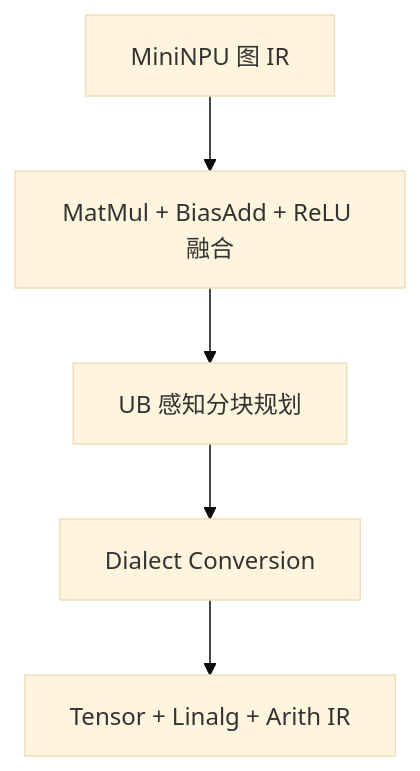
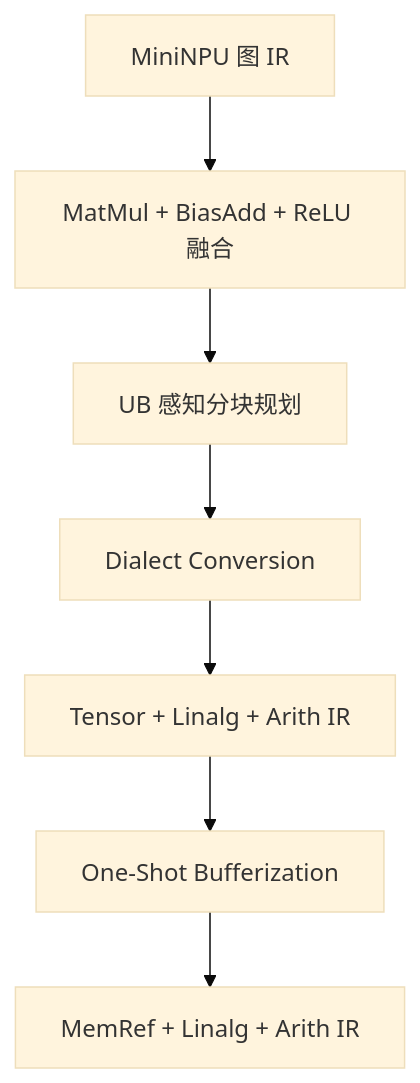
Before and after one commit to fuxiangdu/mininpu-compiler: the diagram in README_CN.md, drawn with Mermaid (base theme). The commit also changed other lines of this file and 14 other files, not shown here.

Commit message:
feat: add one-shot bufferization and ownership tests

````diff
--- a/README_CN.md
+++ b/README_CN.md
@@ -17,7 +18,9 @@
 ```mermaid
 flowchart TD
     A["MiniNPU 图 IR"] --> B["MatMul + BiasAdd + ReLU 融合"]
     B --> C["UB 感知分块规划"]
     C --> D["Dialect Conversion"]
     D --> E["Tensor + Linalg + Arith IR"]
+    E --> F["One-Shot Bufferization"]
+    F --> G["MemRef + Linalg + Arith IR"]
 ```
````
